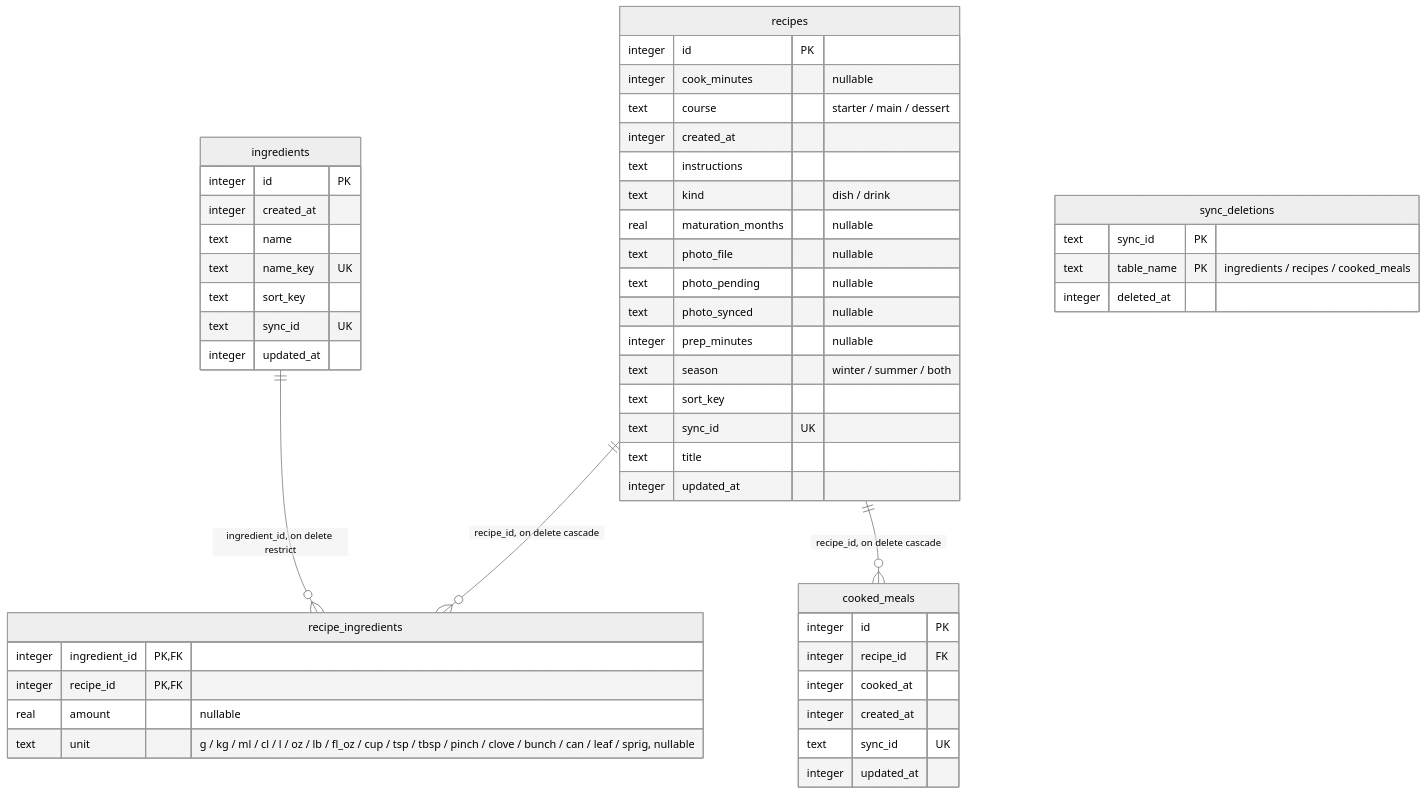
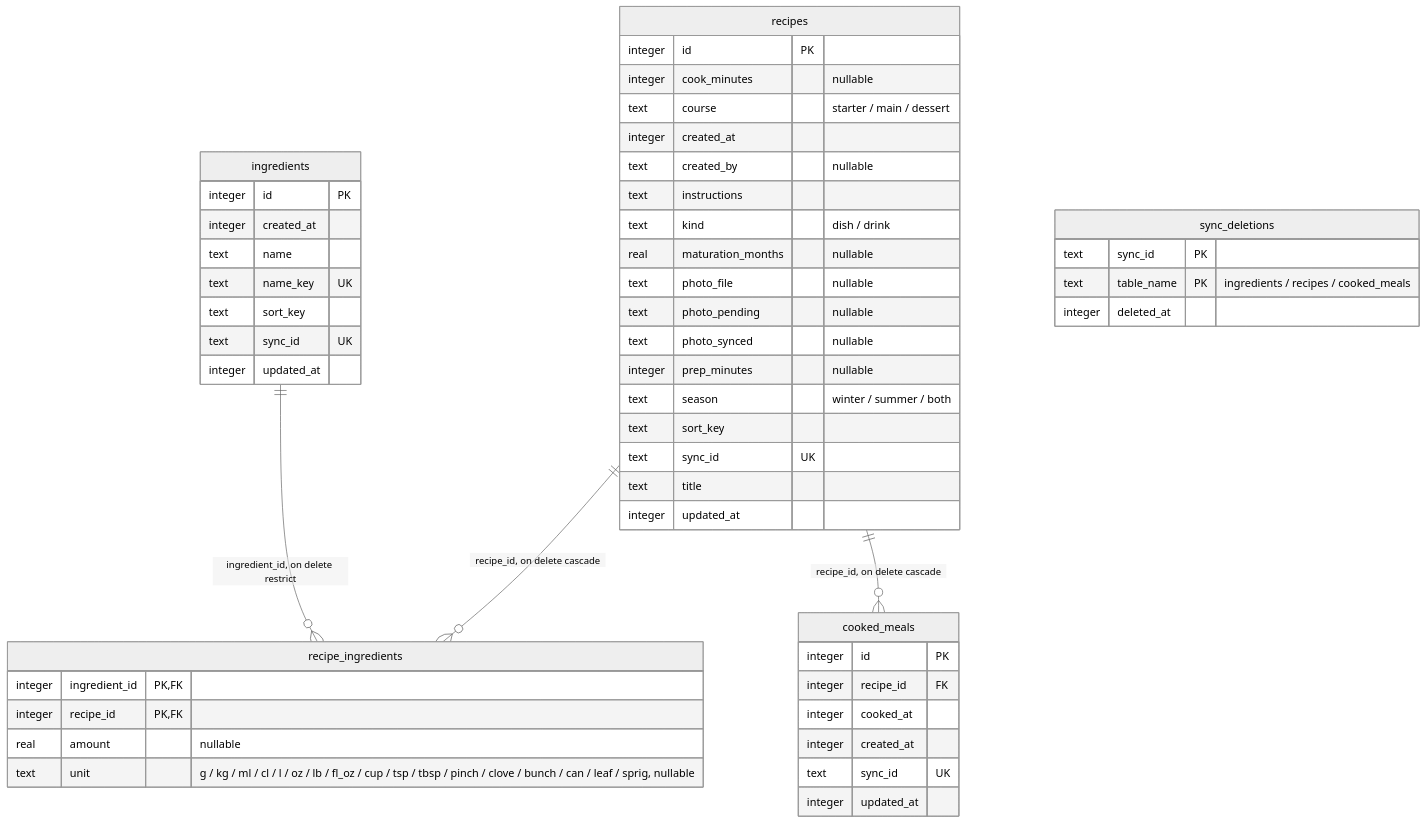
One commit to someoneinthe/dishes-cook changed the diagram in docs/database.md. Above: the diagram before and after it, drawn with Mermaid (neutral theme). The commit also changed 31 other files, not shown here.

````diff
--- a/docs/database.md
+++ b/docs/database.md
@@ -10,52 +10,53 @@
 ```mermaid
 erDiagram
   cooked_meals {
     integer id PK
     integer recipe_id FK
     integer cooked_at
     integer created_at
     text sync_id UK
     integer updated_at
   }
   ingredients {
     integer id PK
     integer created_at
     text name
     text name_key UK
     text sort_key
     text sync_id UK
     integer updated_at
   }
   recipe_ingredients {
     integer ingredient_id PK, FK
     integer recipe_id PK, FK
     real amount "nullable"
     text unit "g / kg / ml / cl / l / oz / lb / fl_oz / cup / tsp / tbsp / pinch / clove / bunch / can / leaf / sprig, nullable"
   }
   recipes {
     integer id PK
     integer cook_minutes "nullable"
     text course "starter / main / dessert"
     integer created_at
+    text created_by "nullable"
     text instructions
     text kind "dish / drink"
     real maturation_months "nullable"
     text photo_file "nullable"
     text photo_pending "nullable"
     text photo_synced "nullable"
     integer prep_minutes "nullable"
     text season "winter / summer / both"
     text sort_key
     text sync_id UK
     text title
     integer updated_at
   }
   sync_deletions {
     text sync_id PK
     text table_name PK "ingredients / recipes / cooked_meals"
     integer deleted_at
   }
   recipes ||--o{ cooked_meals : "recipe_id, on delete cascade"
   ingredients ||--o{ recipe_ingredients : "ingredient_id, on delete restrict"
   recipes ||--o{ recipe_ingredients : "recipe_id, on delete cascade"
 ```
````
